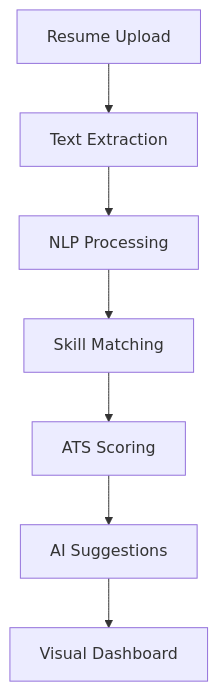
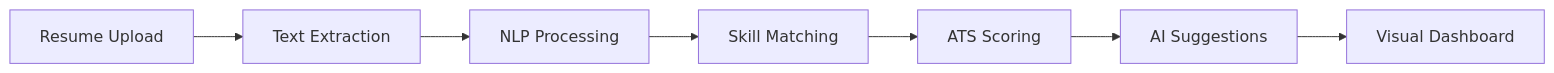
The diagram in README.md (pragnyareddy00/ResumeParsing), drawn with Mermaid before and after one commit.

````diff
--- a/README.md
+++ b/README.md
@@ -55,9 +55,9 @@
 ```mermaid
-graph TD
+graph LR
 A[Resume Upload] --> B[Text Extraction]
 B --> C[NLP Processing]
 C --> D[Skill Matching]
 D --> E[ATS Scoring]
 E --> F[AI Suggestions]
 F --> G[Visual Dashboard]
 ```
````
